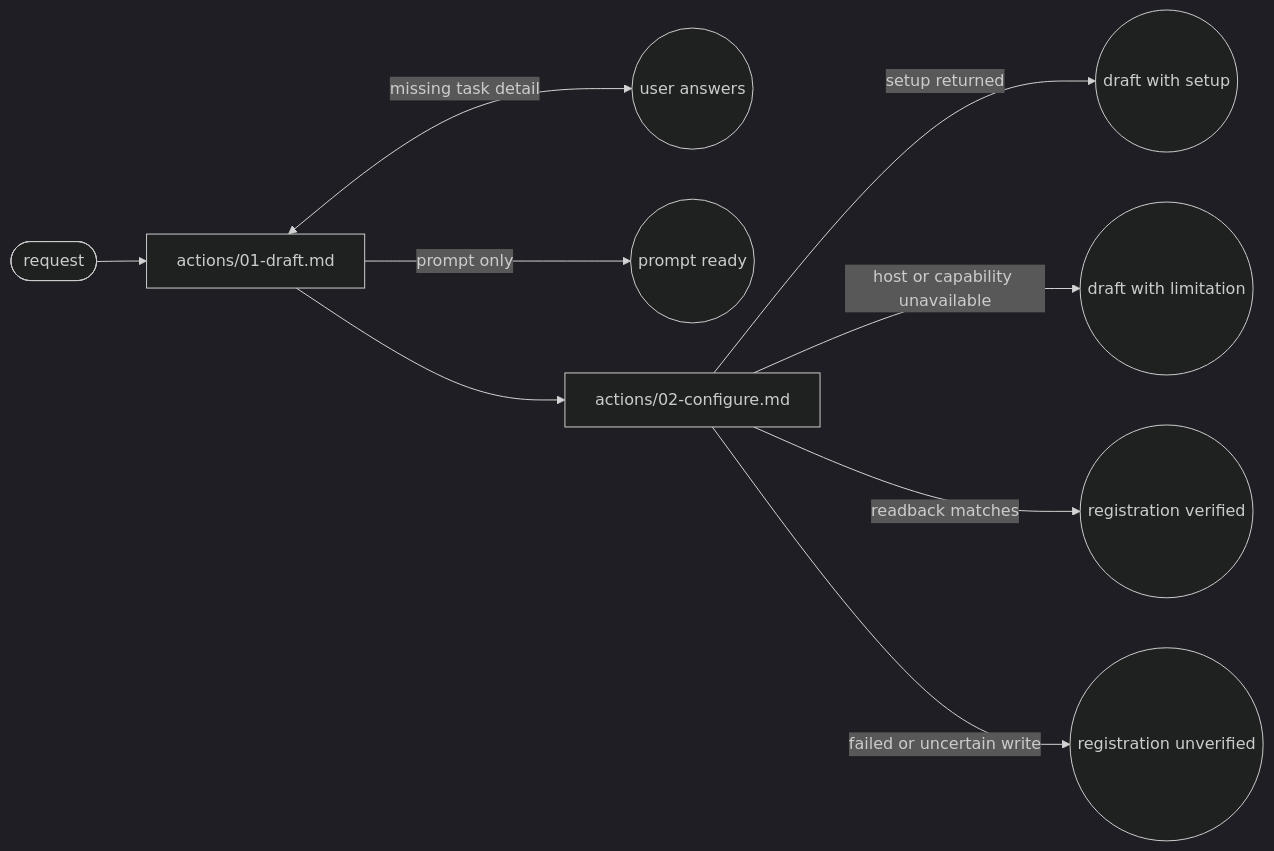
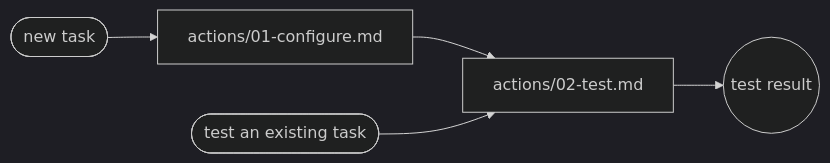
The diagram in plugins/aidd-context/skills/14-schedule-generate/SKILL.md (ai-driven-dev/framework), drawn with Mermaid (dark theme) before and after one commit. The commit also changed other lines of this file and 25 other files, not shown here.

Commit message:
refactor(context): simplify scheduled tasks to configure and test

````diff
--- a/plugins/aidd-context/skills/14-schedule-generate/SKILL.md
+++ b/plugins/aidd-context/skills/14-schedule-generate/SKILL.md
@@ -8,11 +8,7 @@
 ```mermaid
 flowchart LR
-  entry([request]) --> draft["actions/01-draft.md"]
-  draft <-->|"missing task detail"| user((user answers))
-  draft -->|"prompt only"| ready((prompt ready))
-  draft --> configure["actions/02-configure.md"]
-  configure -->|"setup returned"| setup((draft with setup))
-  configure -->|"host or capability unavailable"| gap((draft with limitation))
-  configure -->|"readback matches"| registered((registration verified))
-  configure -->|"failed or uncertain write"| unverified((registration unverified))
+  request([new task]) --> configure["actions/01-configure.md"]
+  configure --> test["actions/02-test.md"]
+  existing([test an existing task]) --> test
+  test --> report((test result))
 ```
````
